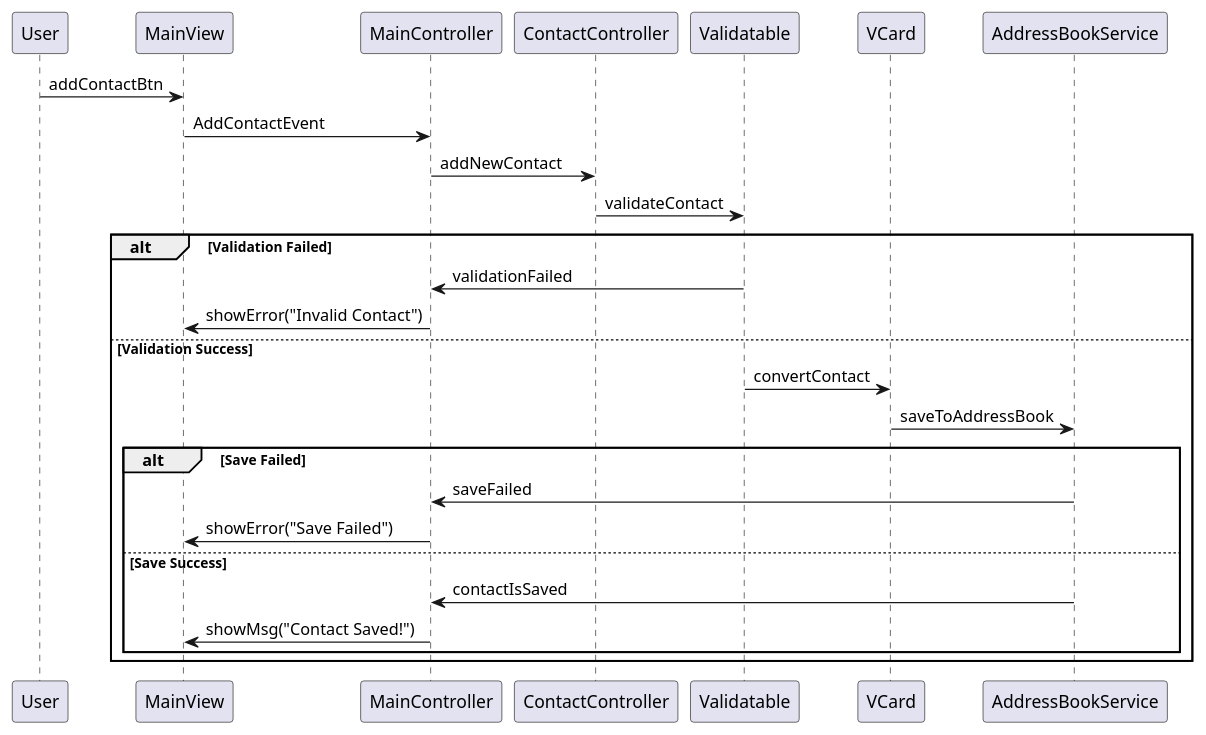
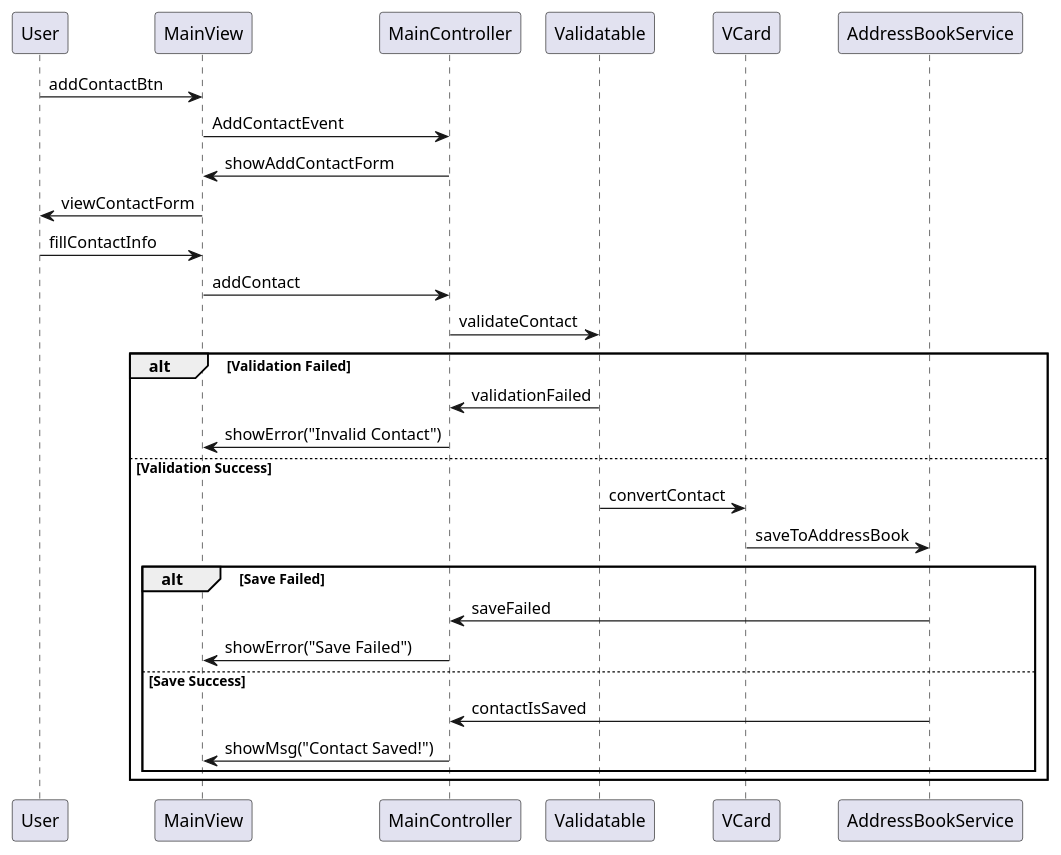
One commit to francescopeluso/SWE-Project changed the diagram in SequenceDiagrams/AddContactDiagram.puml. Above: the diagram before and after it, drawn with PlantUML. The commit also changed 1 other file, not shown here.

Commit message:
modificato diagramma di sequenza per addContact

```diff
--- a/SequenceDiagrams/AddContactDiagram.puml
+++ b/SequenceDiagrams/AddContactDiagram.puml
@@ -1,24 +1,27 @@
 @startuml
 
 User -> MainView: addContactBtn
 MainView -> MainController: AddContactEvent
-MainController -> ContactController: addNewContact
-ContactController -> Validatable: validateContact
+MainController -> MainView: showAddContactForm
+MainView -> User: viewContactForm
+User -> MainView: fillContactInfo
+MainView -> MainController: addContact
+MainController -> Validatable: validateContact
 
 alt Validation Failed
   Validatable -> MainController: validationFailed
   MainController -> MainView: showError("Invalid Contact")
 else Validation Success
   Validatable -> VCard: convertContact
   VCard -> AddressBookService: saveToAddressBook
   
   alt Save Failed
     AddressBookService -> MainController: saveFailed
     MainController -> MainView: showError("Save Failed")
   else Save Success
     AddressBookService -> MainController: contactIsSaved
     MainController -> MainView: showMsg("Contact Saved!")
   end
 end
 
 @enduml
```
